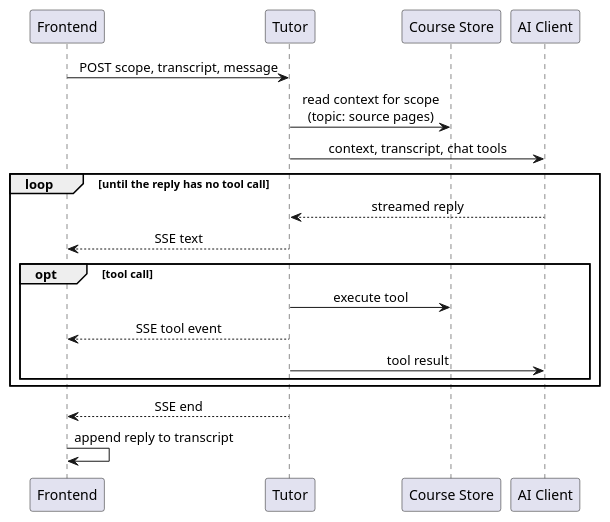
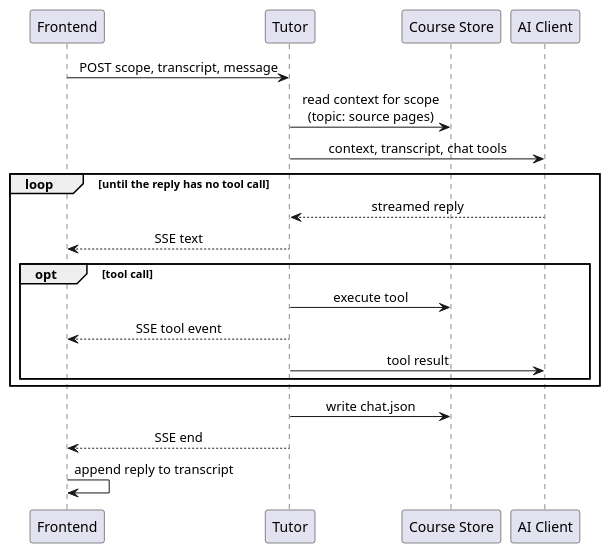
Before and after one commit to leon-hrk/iknownothing: the diagram in docs/arc42/diagrams/runtime-chat-message.puml, drawn with PlantUML. The commit also changed 18 other files, not shown here.

```diff
--- a/docs/arc42/diagrams/runtime-chat-message.puml
+++ b/docs/arc42/diagrams/runtime-chat-message.puml
@@ -1,26 +1,27 @@
 @startuml
 skinparam shadowing false
 skinparam defaultTextAlignment center
 
 participant "Frontend" as frontend
 participant "Tutor" as tutor
 participant "Course Store" as store
 participant "AI Client" as ai
 
 frontend -> tutor : POST scope, transcript, message
 tutor -> store : read context for scope\n(topic: source pages)
 tutor -> ai : context, transcript, chat tools
 
 loop until the reply has no tool call
   ai --> tutor : streamed reply
   tutor --> frontend : SSE text
   opt tool call
     tutor -> store : execute tool
     tutor --> frontend : SSE tool event
     tutor -> ai : tool result
   end
 end
 
+tutor -> store : write chat.json
 tutor --> frontend : SSE end
 frontend -> frontend : append reply to transcript
 @enduml
```
